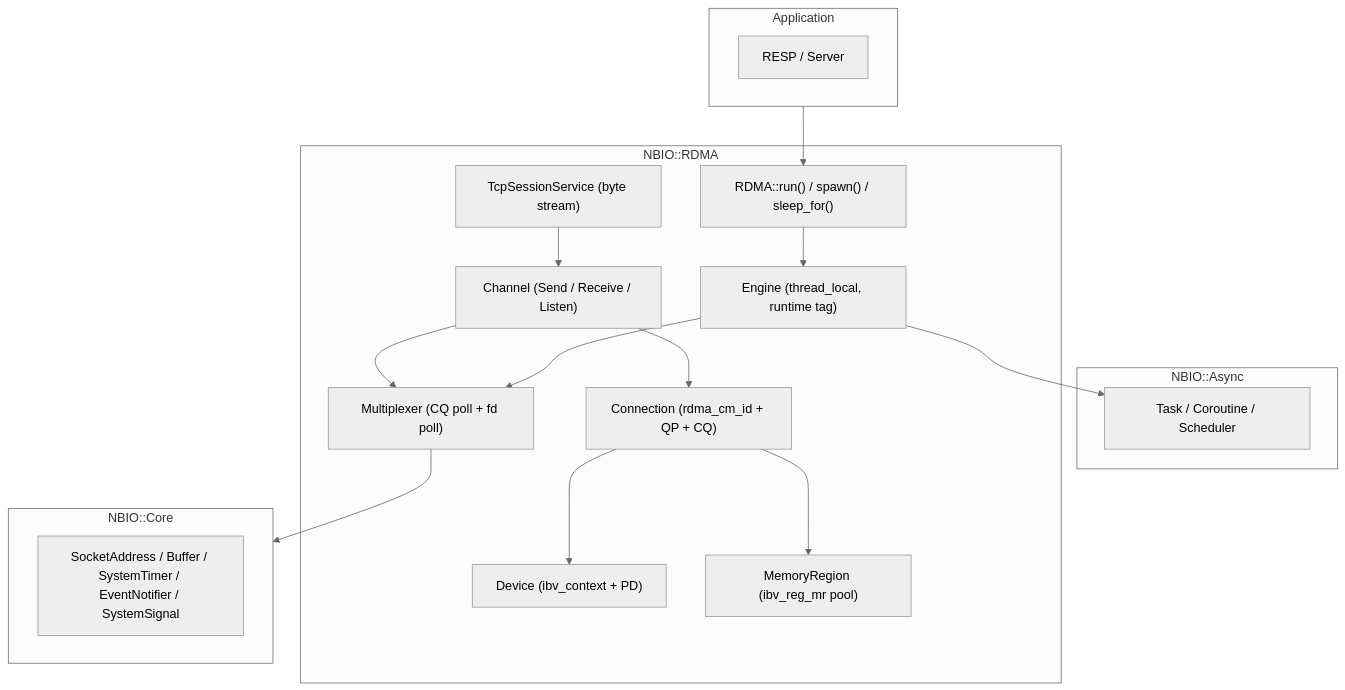
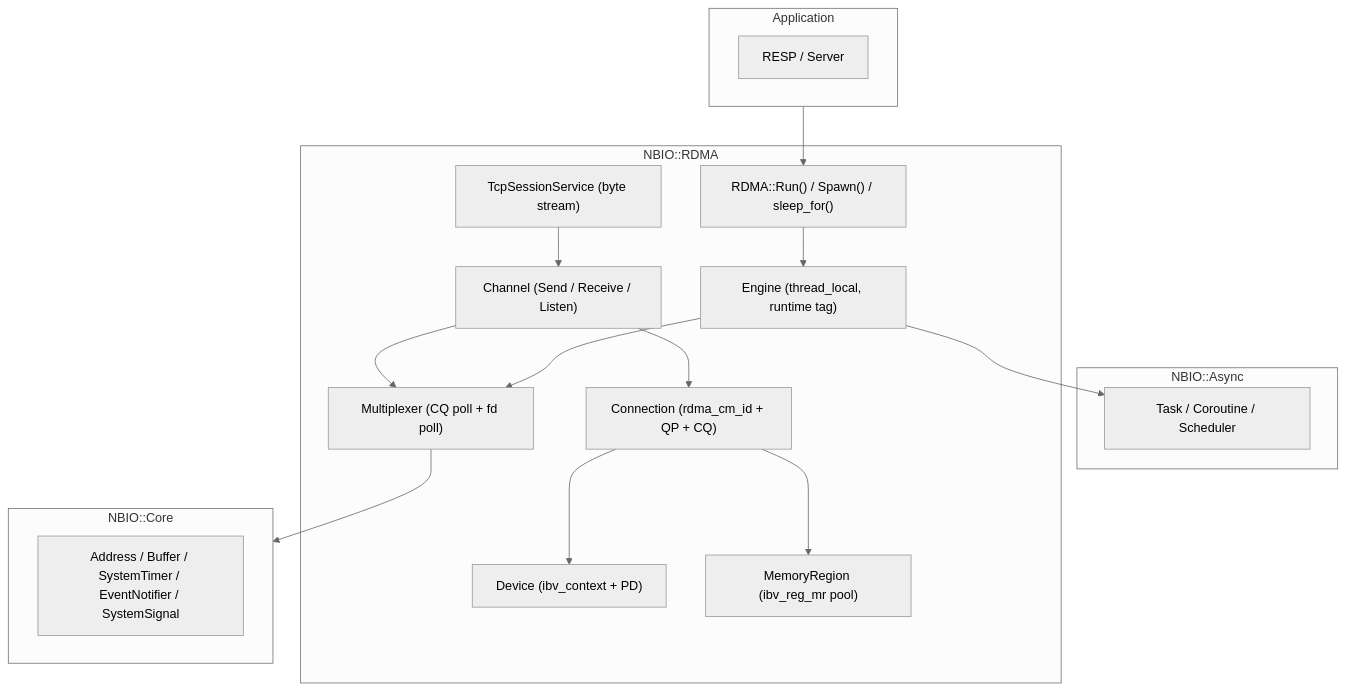
The first of 4 diagrams in Documentation/RDMA.md (UserNameUnavailableIsUnavailable/KVStore), drawn with Mermaid (neutral theme) before and after one commit. The commit also changed other lines of this file and 316 other files, not shown here.

````diff
--- a/Documentation/RDMA.md
+++ b/Documentation/RDMA.md
@@ -134,36 +134,36 @@
 ```mermaid
 flowchart TD
     subgraph App["Application"]
         RESP["RESP / Server"]
     end
 
     subgraph Sync["NBIO::Async"]
         T["Task / Coroutine / Scheduler"]
     end
 
     subgraph RDMA["NBIO::RDMA"]
-        RUN["RDMA::run() / spawn() / sleep_for()"]
+        RUN["RDMA::Run() / Spawn() / sleep_for()"]
         ENG["Engine (thread_local, runtime tag)"]
         MUX["Multiplexer (CQ poll + fd poll)"]
         CH["Channel (Send / Receive / Listen)"]
         CONN["Connection (rdma_cm_id + QP + CQ)"]
         DEV["Device (ibv_context + PD)"]
         MEM["MemoryRegion (ibv_reg_mr pool)"]
         SESS["TcpSessionService (byte stream)"]
     end
 
     subgraph Core["NBIO::Core"]
-        ADDR["SocketAddress / Buffer / SystemTimer / EventNotifier / SystemSignal"]
+        ADDR["Address / Buffer / SystemTimer / EventNotifier / SystemSignal"]
     end
 
     App --> RUN
     RUN --> ENG
     SESS --> CH
     CH --> CONN
     CH --> MUX
     CONN --> DEV
     CONN --> MEM
     ENG --> MUX
     ENG --> T
     MUX --> Core
 ```
````
